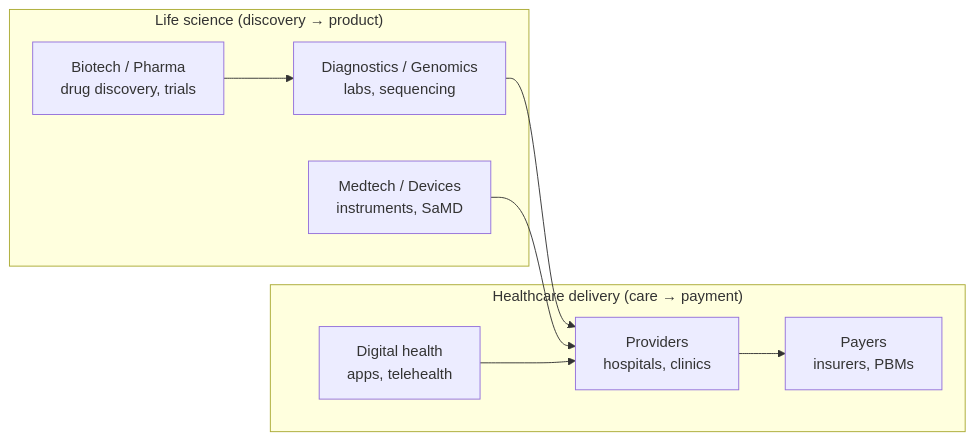
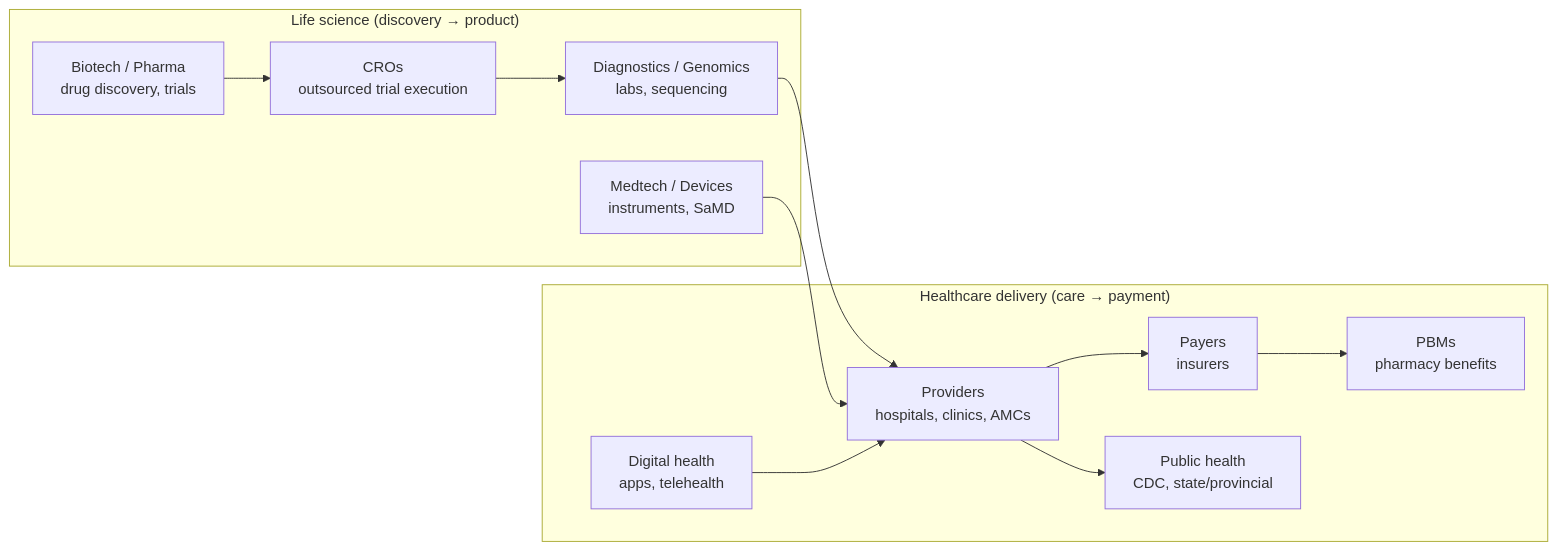
One commit to anothernoise/hls-sa changed the diagram in docs/00-orientation/01-hls-industry-map.md. Above: the diagram before and after it, drawn with Mermaid. The commit also changed other lines of this file and 7 other files, not shown here.

````diff
--- a/docs/00-orientation/01-hls-industry-map.md
+++ b/docs/00-orientation/01-hls-industry-map.md
@@ -18,16 +18,20 @@
 ```mermaid
 flowchart LR
   subgraph LifeScience["Life science (discovery → product)"]
     Biotech["Biotech / Pharma<br/>drug discovery, trials"]
+    CRO["CROs<br/>outsourced trial execution"]
     Medtech["Medtech / Devices<br/>instruments, SaMD"]
     Dx["Diagnostics / Genomics<br/>labs, sequencing"]
   end
   subgraph Healthcare["Healthcare delivery (care → payment)"]
-    Providers["Providers<br/>hospitals, clinics"]
-    Payers["Payers<br/>insurers, PBMs"]
+    Providers["Providers<br/>hospitals, clinics, AMCs"]
+    Payers["Payers<br/>insurers"]
+    PBM["PBMs<br/>pharmacy benefits"]
     DigitalHealth["Digital health<br/>apps, telehealth"]
+    PublicHealth["Public health<br/>CDC, state/provincial"]
   end
-  Biotech --> Dx --> Providers --> Payers
+  Biotech --> CRO --> Dx --> Providers --> Payers --> PBM
   Medtech --> Providers
   DigitalHealth --> Providers
+  Providers --> PublicHealth
 ```
````
